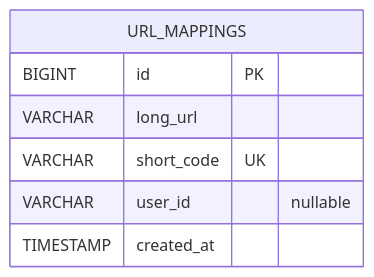
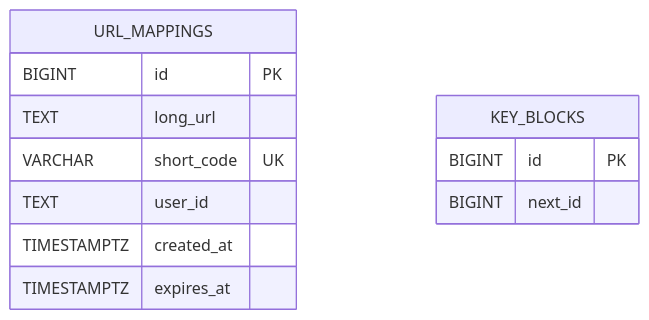
One commit to hemantkgupta/url-shortener-java changed the sixth of 7 diagrams in docs/architecture.md. Above: the diagram before and after it, drawn with Mermaid. The commit also changed other lines of this file and 5 other files, not shown here.

````diff
--- a/docs/architecture.md
+++ b/docs/architecture.md
@@ -184,10 +243,16 @@
 ```mermaid
 erDiagram
     URL_MAPPINGS {
         BIGINT id PK
-        VARCHAR long_url
+        TEXT long_url
         VARCHAR short_code UK
-        VARCHAR user_id "nullable"
-        TIMESTAMP created_at
+        TEXT user_id
+        TIMESTAMPTZ created_at
+        TIMESTAMPTZ expires_at
+    }
+
+    KEY_BLOCKS {
+        BIGINT id PK
+        BIGINT next_id
     }
 ```
````
